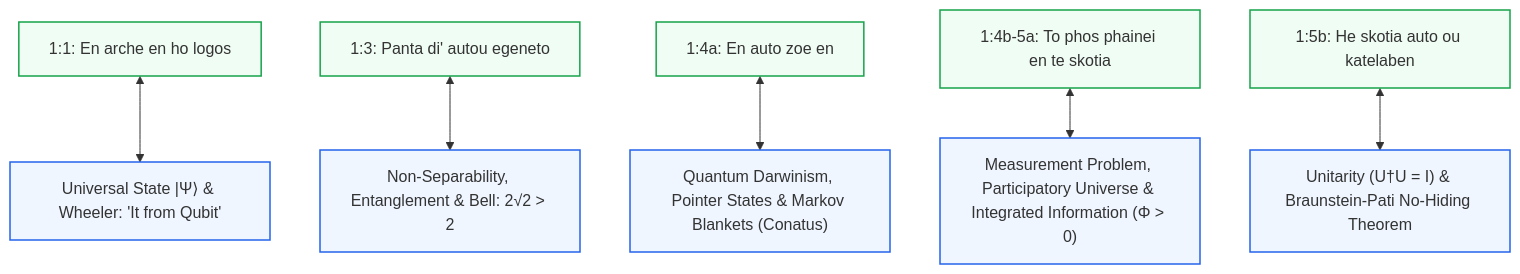
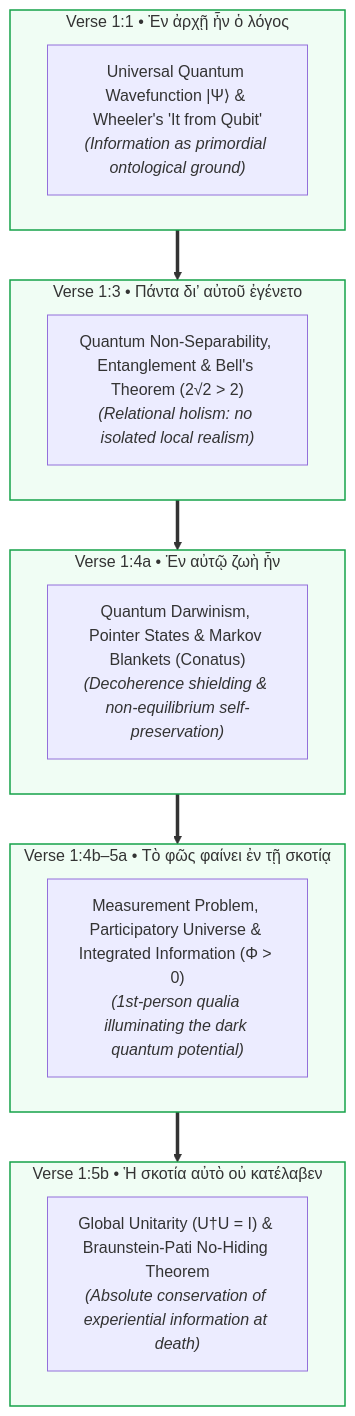
Before and after one commit to Thriebl/active-inference-phi-network: the second of 2 diagrams in docs/2026-09-05-john-1-1-5-logos-interlinear-and-quantum-information.md, drawn with Mermaid. The commit also changed other lines of this file and 6 other files, not shown here.

Commit message:
docs: remove interlinear glosses, retain Logos translation note, and fix diagram layout in John 1:1-5 monograph

````diff
--- a/docs/2026-09-05-john-1-1-5-logos-interlinear-and-quantum-information.md
+++ b/docs/2026-09-05-john-1-1-5-logos-interlinear-and-quantum-information.md
@@ -189,13 +129,26 @@
 ```mermaid
-graph TD
-    J1["1:1: En arche en ho logos"] <--> Q1["Universal State |Ψ⟩ & Wheeler: 'It from Qubit'"]
-    J2["1:3: Panta di' autou egeneto"] <--> Q2["Non-Separability, Entanglement & Bell: 2√2 > 2"]
-    J3["1:4a: En auto zoe en"] <--> Q3["Quantum Darwinism, Pointer States & Markov Blankets (Conatus)"]
-    J4["1:4b-5a: To phos phainei en te skotia"] <--> Q4["Measurement Problem, Participatory Universe & Integrated Information (Φ > 0)"]
-    J5["1:5b: He skotia auto ou katelaben"] <--> Q5["Unitarity (U†U = I) & Braunstein-Pati No-Hiding Theorem"]
+flowchart TD
+    subgraph V1 ["Verse 1:1 • Ἐν ἀρχῇ ἦν ὁ λόγος"]
+        Q1["Universal Quantum Wavefunction |Ψ⟩ & Wheeler's 'It from Qubit'<br/><i>(Information as primordial ontological ground)</i>"]
+    end
+    subgraph V2 ["Verse 1:3 • Πάντα δι’ αὐτοῦ ἐγένετο"]
+        Q2["Quantum Non-Separability, Entanglement & Bell's Theorem (2√2 > 2)<br/><i>(Relational holism: no isolated local realism)</i>"]
+    end
+    subgraph V3 ["Verse 1:4a • Ἐν αὐτῷ ζωὴ ἦν"]
+        Q3["Quantum Darwinism, Pointer States & Markov Blankets (Conatus)<br/><i>(Decoherence shielding & non-equilibrium self-preservation)</i>"]
+    end
+    subgraph V4 ["Verse 1:4b–5a • Τὸ φῶς φαίνει ἐν τῇ σκοτίᾳ"]
+        Q4["Measurement Problem, Participatory Universe & Integrated Information (Φ > 0)<br/><i>(1st-person qualia illuminating the dark quantum potential)</i>"]
+    end
+    subgraph V5 ["Verse 1:5b • Ἡ σκοτία αὐτὸ οὐ κατέλαβεν"]
+        Q5["Global Unitarity (U†U = I) & Braunstein-Pati No-Hiding Theorem<br/><i>(Absolute conservation of experiential information at death)</i>"]
+    end
 
-    classDef verse fill:#f0fdf4,stroke:#16a34a,stroke-width:1.5px;
-    classDef qit fill:#eff6ff,stroke:#2563eb,stroke-width:1.5px;
-    class J1,J2,J3,J4,J5 verse;
-    class Q1,Q2,Q3,Q4,Q5 qit;
+    V1 ==> V2 ==> V3 ==> V4 ==> V5
+
+    style V1 fill:#f0fdf4,stroke:#16a34a,stroke-width:1.5px
+    style V2 fill:#f0fdf4,stroke:#16a34a,stroke-width:1.5px
+    style V3 fill:#f0fdf4,stroke:#16a34a,stroke-width:1.5px
+    style V4 fill:#f0fdf4,stroke:#16a34a,stroke-width:1.5px
+    style V5 fill:#f0fdf4,stroke:#16a34a,stroke-width:1.5px
 ```
````
